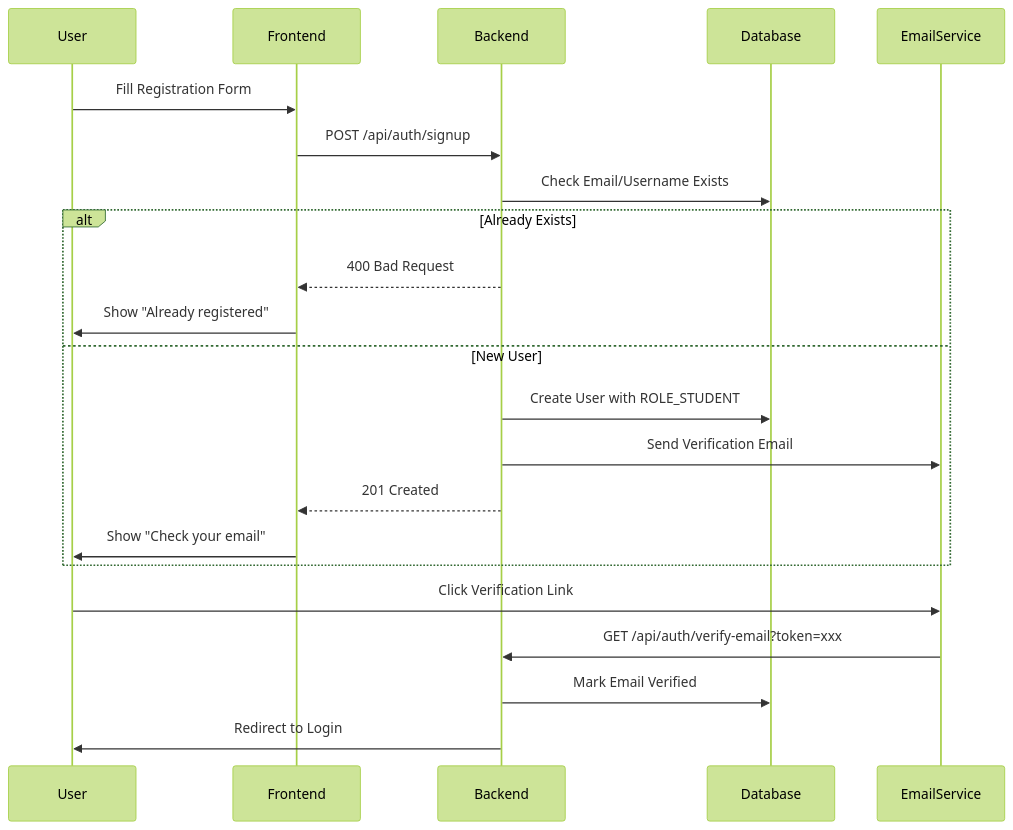
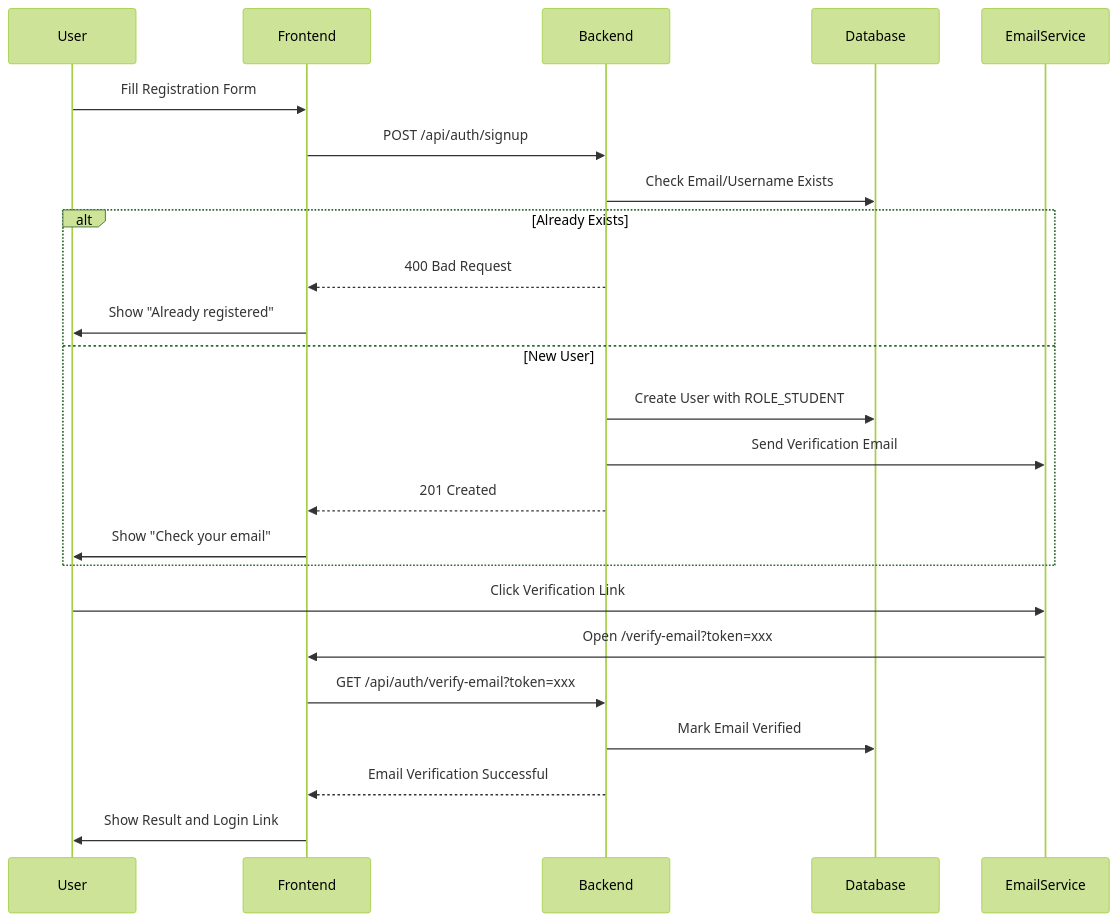
Before and after one commit to HuuLocFIT/EduMind: the third of 10 diagrams in docs/workflows/auth_workflows.md, drawn with Mermaid (forest theme). The commit also changed other lines of this file and 31 other files, not shown here.

````diff
--- a/docs/workflows/auth_workflows.md
+++ b/docs/workflows/auth_workflows.md
@@ -81,27 +83,29 @@
 ```mermaid
 sequenceDiagram
     participant User
     participant Frontend
     participant Backend
     participant Database
     participant EmailService
 
     User->>Frontend: Fill Registration Form
     Frontend->>Backend: POST /api/auth/signup
     Backend->>Database: Check Email/Username Exists
     
     alt Already Exists
         Backend-->>Frontend: 400 Bad Request
         Frontend->>User: Show "Already registered"
     else New User
         Backend->>Database: Create User with ROLE_STUDENT
         Backend->>EmailService: Send Verification Email
         Backend-->>Frontend: 201 Created
         Frontend->>User: Show "Check your email"
     end
     
     User->>EmailService: Click Verification Link
-    EmailService->>Backend: GET /api/auth/verify-email?token=xxx
+    EmailService->>Frontend: Open /verify-email?token=xxx
+    Frontend->>Backend: GET /api/auth/verify-email?token=xxx
     Backend->>Database: Mark Email Verified
-    Backend->>User: Redirect to Login
+    Backend-->>Frontend: Email Verification Successful
+    Frontend->>User: Show Result and Login Link
 ```
````
